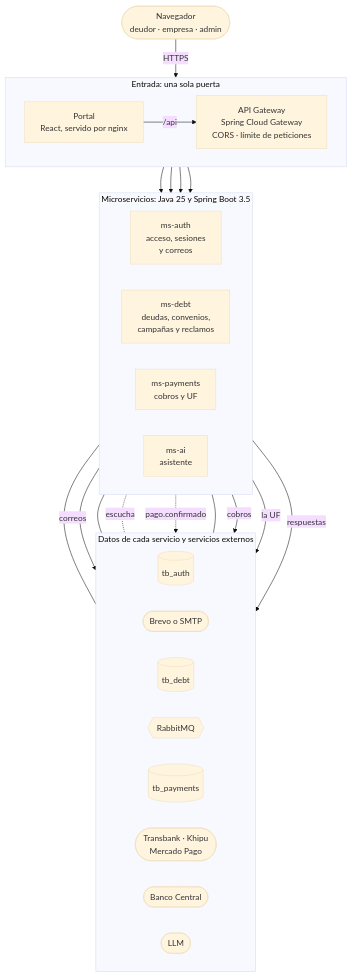
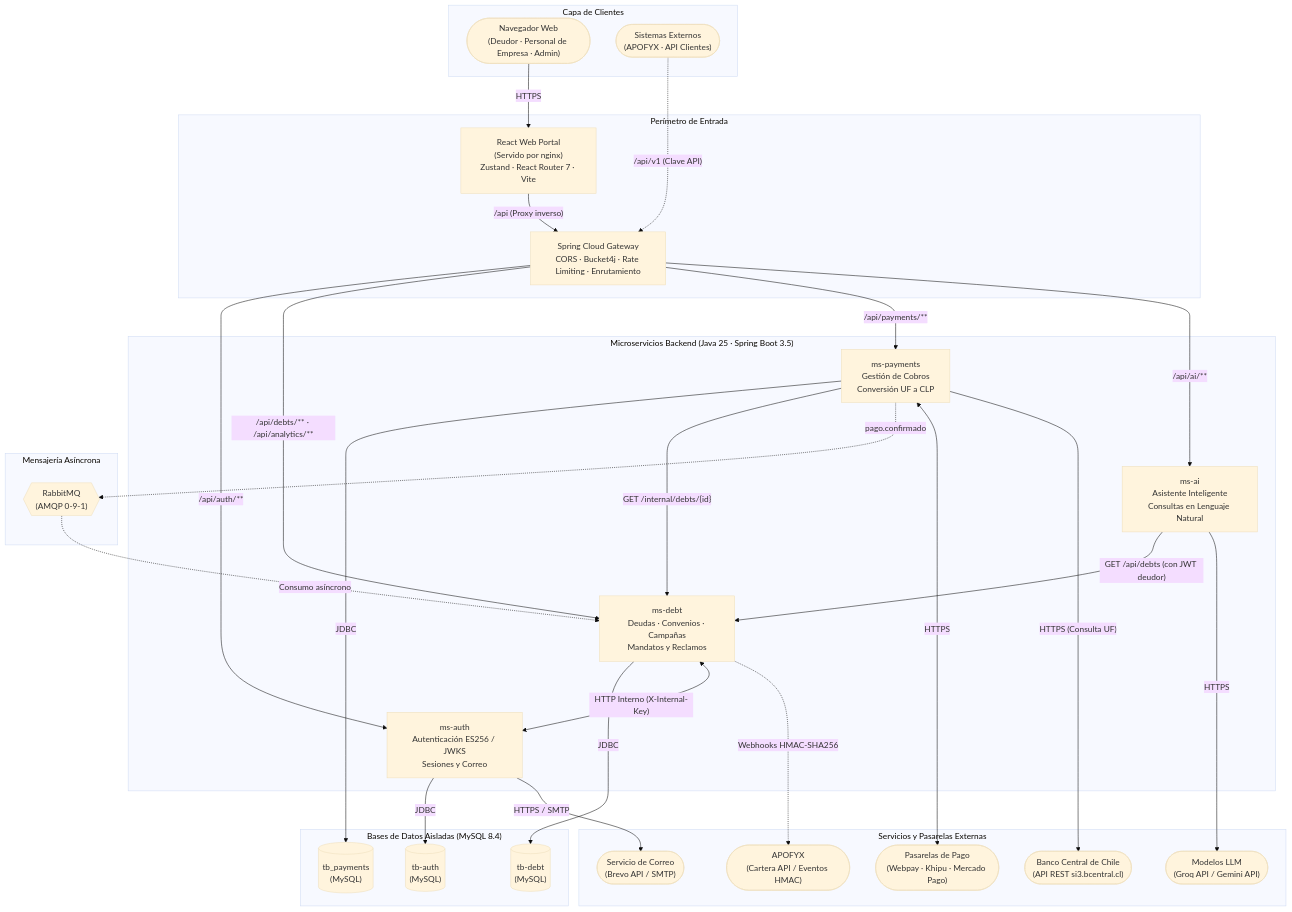
Before and after one commit to TechnicalBridge/DataBridge: the first of 3 diagrams in README.md, drawn with Mermaid (base theme). The commit also changed other lines of this file and 15 other files, not shown here.

First line of the commit message:
docs(readme): Reestructurar README según formato requerido y actualizar diagramas de arquitectura (#253)

````diff
--- a/README.md
+++ b/README.md
@@ -749,43 +227,63 @@
 ```mermaid
 flowchart TB
-    NAV(["Navegador<br/>deudor · empresa · admin"])
-
-    subgraph ENTRADA["Entrada: una sola puerta"]
-        direction LR
-        POR["Portal<br/>React, servido por nginx"]
-        GW["API Gateway<br/>Spring Cloud Gateway<br/>CORS · límite de peticiones"]
-        POR -->|"/api"| GW
+    subgraph CLIENTES["Capa de Clientes"]
+        NAV(["Navegador Web<br/>(Deudor · Personal de Empresa · Admin)"])
+        EXT(["Sistemas Externos<br/>(APOFYX · API Clientes)"])
     end
 
-    subgraph SERVICIOS["Microservicios: Java 25 y Spring Boot 3.5"]
-        direction LR
-        AUTH["ms-auth<br/>acceso, sesiones<br/>y correos"]
-        DEBT["ms-debt<br/>deudas, convenios,<br/>campañas y reclamos"]
-        PAY["ms-payments<br/>cobros y UF"]
-        AI["ms-ai<br/>asistente"]
+    subgraph ENTRADA["Perímetro de Entrada"]
+        PORTAL["React Web Portal<br/>(Servido por nginx)<br/>Zustand · React Router 7 · Vite"]
+        GATEWAY["Spring Cloud Gateway<br/>CORS · Bucket4j · Rate Limiting · Enrutamiento"]
+        PORTAL -->|"/api (Proxy inverso)"| GATEWAY
     end
 
-    subgraph ABAJO["Datos de cada servicio y servicios externos"]
-        direction LR
-        BA[("tb_auth")]
-        CORREO(["Brevo o SMTP"])
-        BD[("tb_debt")]
-        MQ{{"RabbitMQ"}}
-        BP[("tb_payments")]
-        PAS(["Transbank · Khipu<br/>Mercado Pago"])
-        BC(["Banco Central"])
-        LLM(["LLM"])
+    subgraph SERVICIOS["Microservicios Backend (Java 25 · Spring Boot 3.5)"]
+        AUTH["ms-auth<br/>Autenticación ES256 / JWKS<br/>Sesiones y Correo"]
+        DEBT["ms-debt<br/>Deudas · Convenios · Campañas<br/>Mandatos y Reclamos"]
+        PAY["ms-payments<br/>Gestión de Cobros<br/>Conversión UF a CLP"]
+        AI["ms-ai<br/>Asistente Inteligente<br/>Consultas en Lenguaje Natural"]
     end
 
-    NAV -->|"HTTPS"| POR
-    GW --> AUTH & DEBT & PAY & AI
-    AUTH --- BA
-    AUTH -->|"correos"| CORREO
-    DEBT --- BD
-    DEBT -.-|"escucha"| MQ
-    PAY -.->|"pago.confirmado"| MQ
-    PAY --- BP
-    PAY -->|"cobros"| PAS
-    PAY -->|"la UF"| BC
-    AI -->|"respuestas"| LLM
+    subgraph PERSISTENCIA["Bases de Datos Aisladas (MySQL 8.4)"]
+        DB_AUTH[("tb-auth<br/>(MySQL)")]
+        DB_DEBT[("tb-debt<br/>(MySQL)")]
+        DB_PAY[("tb_payments<br/>(MySQL)")]
+    end
+
+    subgraph MENSAJERIA["Mensajería Asíncrona"]
+        RMQ{{"RabbitMQ<br/>(AMQP 0-9-1)"}}
+    end
+
+    subgraph EXTERNOS["Servicios y Pasarelas Externas"]
+        BREVO(["Servicio de Correo<br/>(Brevo API / SMTP)"])
+        PASARELAS(["Pasarelas de Pago<br/>(Webpay · Khipu · Mercado Pago)"])
+        BC_UF(["Banco Central de Chile<br/>(API REST si3.bcentral.cl)"])
+        LLMS(["Modelos LLM<br/>(Groq API / Gemini API)"])
+        APO_SYS(["APOFYX<br/>(Cartera API / Eventos HMAC)"])
+    end
+
+    NAV -->|"HTTPS"| PORTAL
+    EXT -.->|"/api/v1 (Clave API)"| GATEWAY
+
+    GATEWAY -->|"/api/auth/**"| AUTH
+    GATEWAY -->|"/api/debts/** · /api/analytics/**"| DEBT
+    GATEWAY -->|"/api/payments/**"| PAY
+    GATEWAY -->|"/api/ai/**"| AI
+
+    AUTH -->|"JDBC"| DB_AUTH
+    DEBT -->|"JDBC"| DB_DEBT
+    PAY -->|"JDBC"| DB_PAY
+
+    AUTH -->|"HTTPS / SMTP"| BREVO
+    DEBT <-->|"HTTP Interno (X-Internal-Key)"| AUTH
+    PAY -->|"GET /internal/debts/{id}"| DEBT
+    AI -->|"GET /api/debts (con JWT deudor)"| DEBT
+
+    PAY -.->|"pago.confirmado"| RMQ
+    RMQ -.->|"Consumo asíncrono"| DEBT
+
+    PAY <-->|"HTTPS"| PASARELAS
+    PAY -->|"HTTPS (Consulta UF)"| BC_UF
+    AI -->|"HTTPS"| LLMS
+    DEBT -.->|"Webhooks HMAC-SHA256"| APO_SYS
 ```
````
